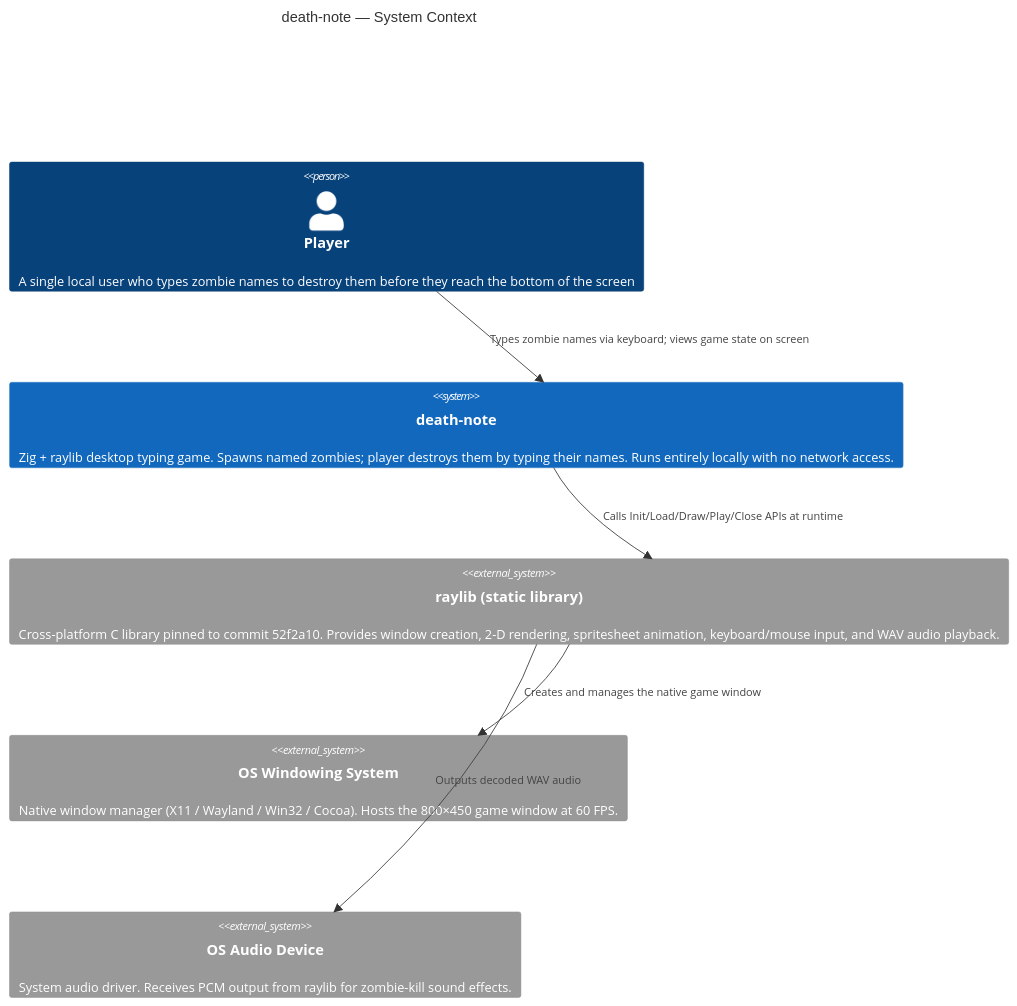
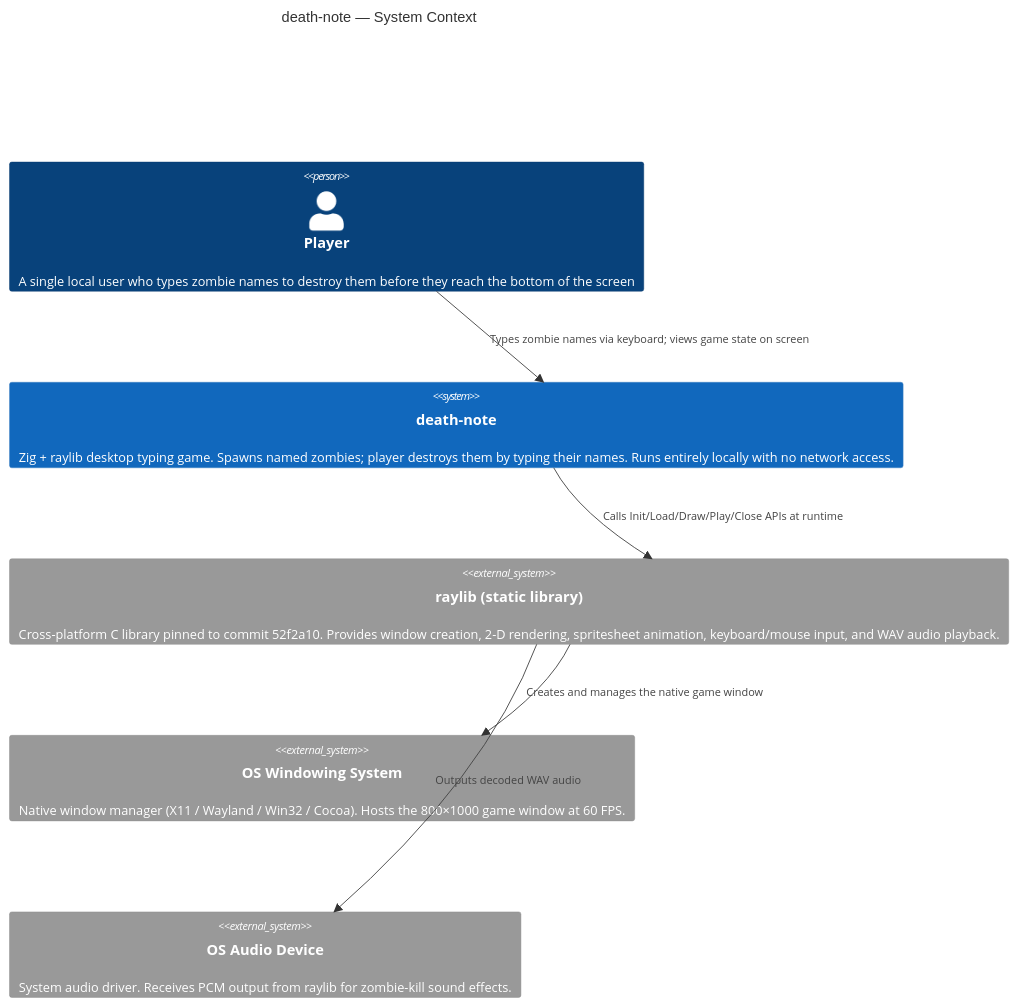
One commit to bfernandez31/death-note changed the second of 2 diagrams in specs/specifications/overview.md. Above: the diagram before and after it, drawn with Mermaid. The commit also changed other lines of this file and 4 other files, not shown here.

````diff
--- a/specs/specifications/overview.md
+++ b/specs/specifications/overview.md
@@ -177,19 +177,19 @@
 ```mermaid
 C4Context
     title death-note — System Context
 
     Person(player, "Player", "A single local user who types zombie names to destroy them before they reach the bottom of the screen")
 
     System(game, "death-note", "Zig + raylib desktop typing game. Spawns named zombies; player destroys them by typing their names. Runs entirely locally with no network access.")
 
     System_Ext(raylib, "raylib (static library)", "Cross-platform C library pinned to commit 52f2a10. Provides window creation, 2-D rendering, spritesheet animation, keyboard/mouse input, and WAV audio playback.")
 
-    System_Ext(osWindow, "OS Windowing System", "Native window manager (X11 / Wayland / Win32 / Cocoa). Hosts the 800×450 game window at 60 FPS.")
+    System_Ext(osWindow, "OS Windowing System", "Native window manager (X11 / Wayland / Win32 / Cocoa). Hosts the 800×1000 game window at 60 FPS.")
 
     System_Ext(osAudio, "OS Audio Device", "System audio driver. Receives PCM output from raylib for zombie-kill sound effects.")
 
     Rel(player, game, "Types zombie names via keyboard; views game state on screen")
     Rel(game, raylib, "Calls Init/Load/Draw/Play/Close APIs at runtime")
     Rel(raylib, osWindow, "Creates and manages the native game window")
     Rel(raylib, osAudio, "Outputs decoded WAV audio")
 ```
````
